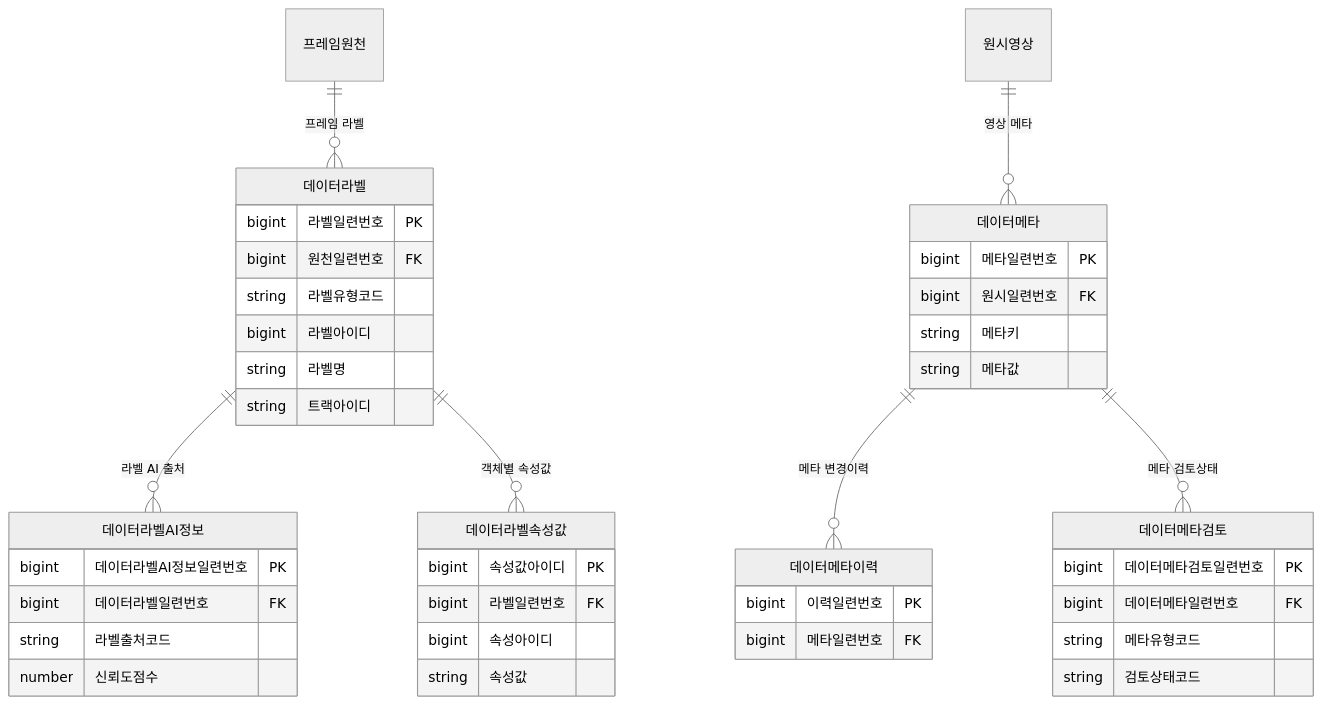
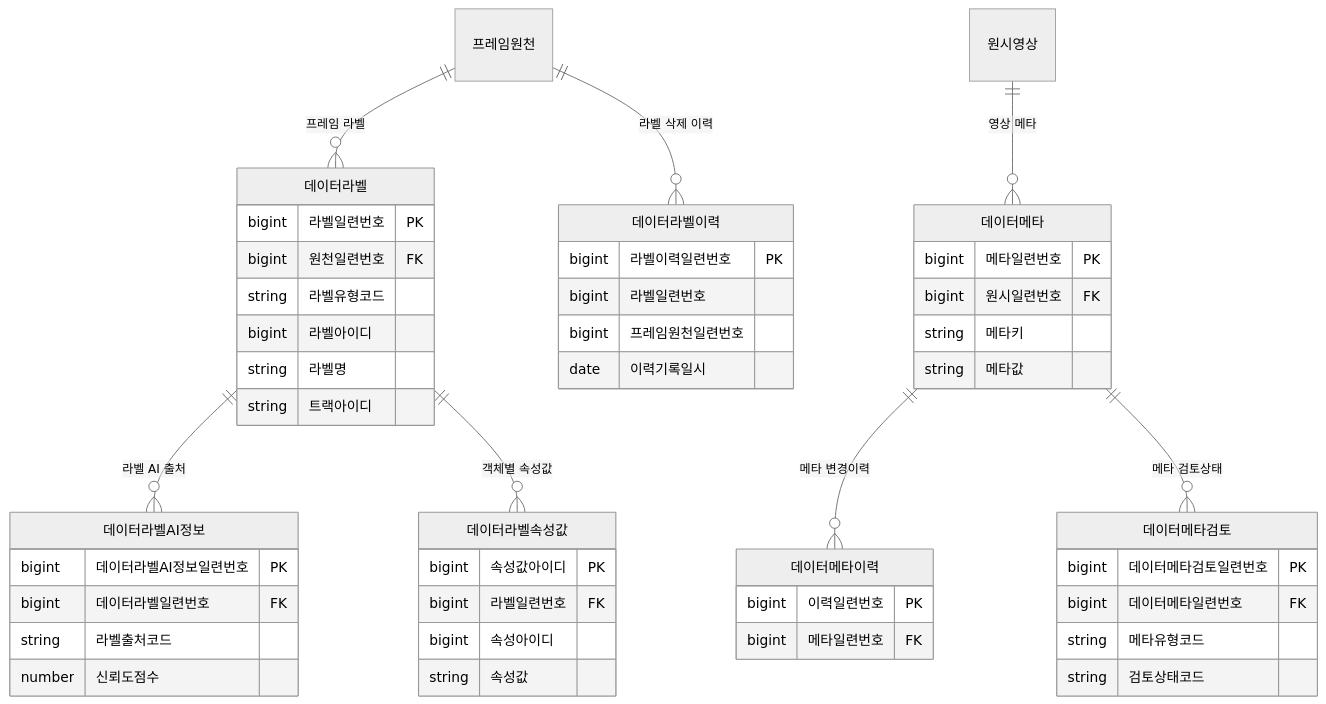
The second of 14 diagrams in docs/design/D8-엔티티관계모형설계서.md (New-stella/klid-label), drawn with Mermaid (neutral theme) before and after one commit. The commit also changed other lines of this file and 1 other file, not shown here.

First line of the commit message:
docs(D8): 누락 엔티티 데이터라벨이력(DC-093) 추가 + 클래스 매핑 감사

````diff
--- a/docs/design/D8-엔티티관계모형설계서.md
+++ b/docs/design/D8-엔티티관계모형설계서.md
@@ -99,51 +99,59 @@
 ```mermaid
 erDiagram
     프레임원천 ||--o{ 데이터라벨 : "프레임 라벨"
     데이터라벨 ||--o{ 데이터라벨AI정보 : "라벨 AI 출처"
     데이터라벨 ||--o{ 데이터라벨속성값 : "객체별 속성값"
     원시영상 ||--o{ 데이터메타 : "영상 메타"
     데이터메타 ||--o{ 데이터메타이력 : "메타 변경이력"
     데이터메타 ||--o{ 데이터메타검토 : "메타 검토상태"
+    프레임원천 ||--o{ 데이터라벨이력 : "라벨 삭제 이력"
     데이터라벨 {
         %% class: LsDataLbl (KLID-AT-DC-073)
         bigint 라벨일련번호 PK
         bigint 원천일련번호 FK
         string 라벨유형코드
         bigint 라벨아이디
         string 라벨명
         string 트랙아이디
     }
     데이터라벨AI정보 {
         %% class: LsDataLblAiInfo (KLID-AT-DC-078)
         bigint 데이터라벨AI정보일련번호 PK
         bigint 데이터라벨일련번호 FK
         string 라벨출처코드
         number 신뢰도점수
     }
     데이터라벨속성값 {
         %% class: LsDataLblAttrVal (KLID-AT-DC-074)
         bigint 속성값아이디 PK
         bigint 라벨일련번호 FK
         bigint 속성아이디
         string 속성값
     }
     데이터메타 {
         %% class: LsDataMeta (KLID-AT-DC-044)
         bigint 메타일련번호 PK
         bigint 원시일련번호 FK
         string 메타키
         string 메타값
     }
     데이터메타이력 {
         %% class: - ※ (D1 미정의 · 부속/이력 엔티티)
         bigint 이력일련번호 PK
         bigint 메타일련번호 FK
     }
     데이터메타검토 {
         %% class: LsDataMetaReview (KLID-AT-DC-112)
         bigint 데이터메타검토일련번호 PK
         bigint 데이터메타일련번호 FK
         string 메타유형코드
         string 검토상태코드
     }
+    데이터라벨이력 {
+        %% class: LsDataLblHstry (KLID-AT-DC-093)
+        bigint 라벨이력일련번호 PK
+        bigint 라벨일련번호
+        bigint 프레임원천일련번호
+        date 이력기록일시
+    }
 ```
````
